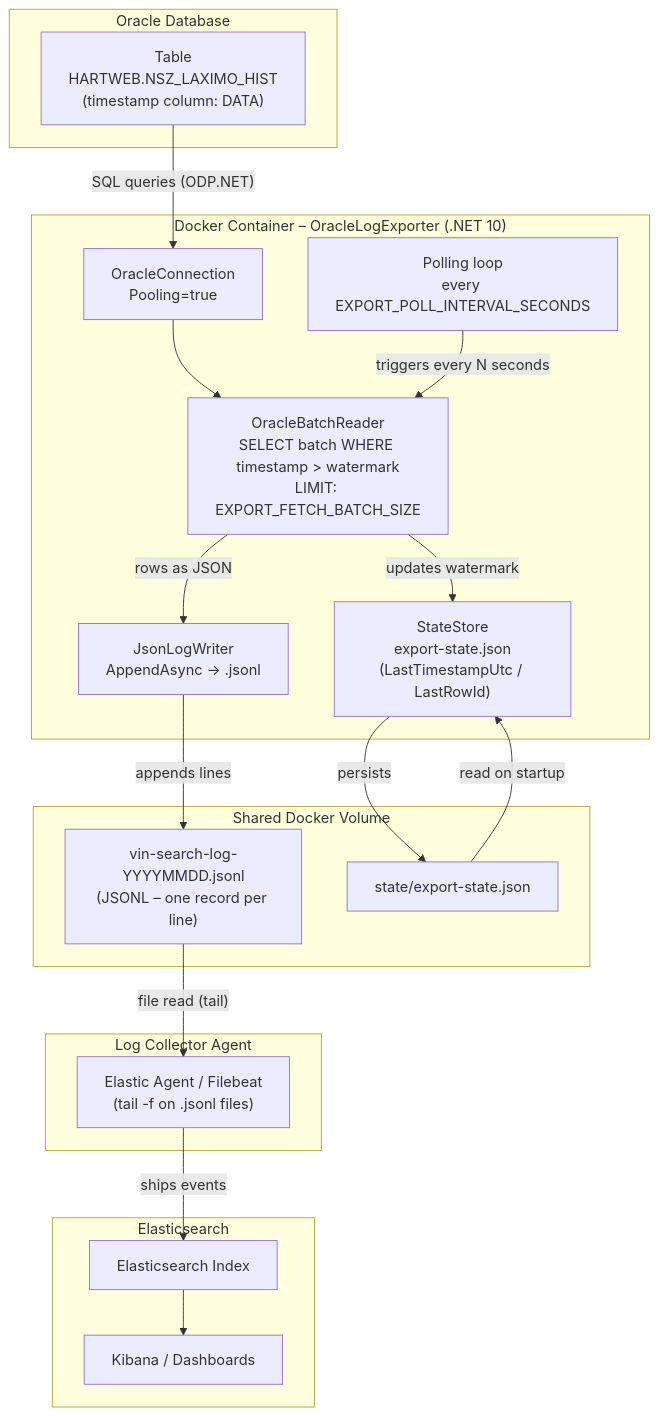
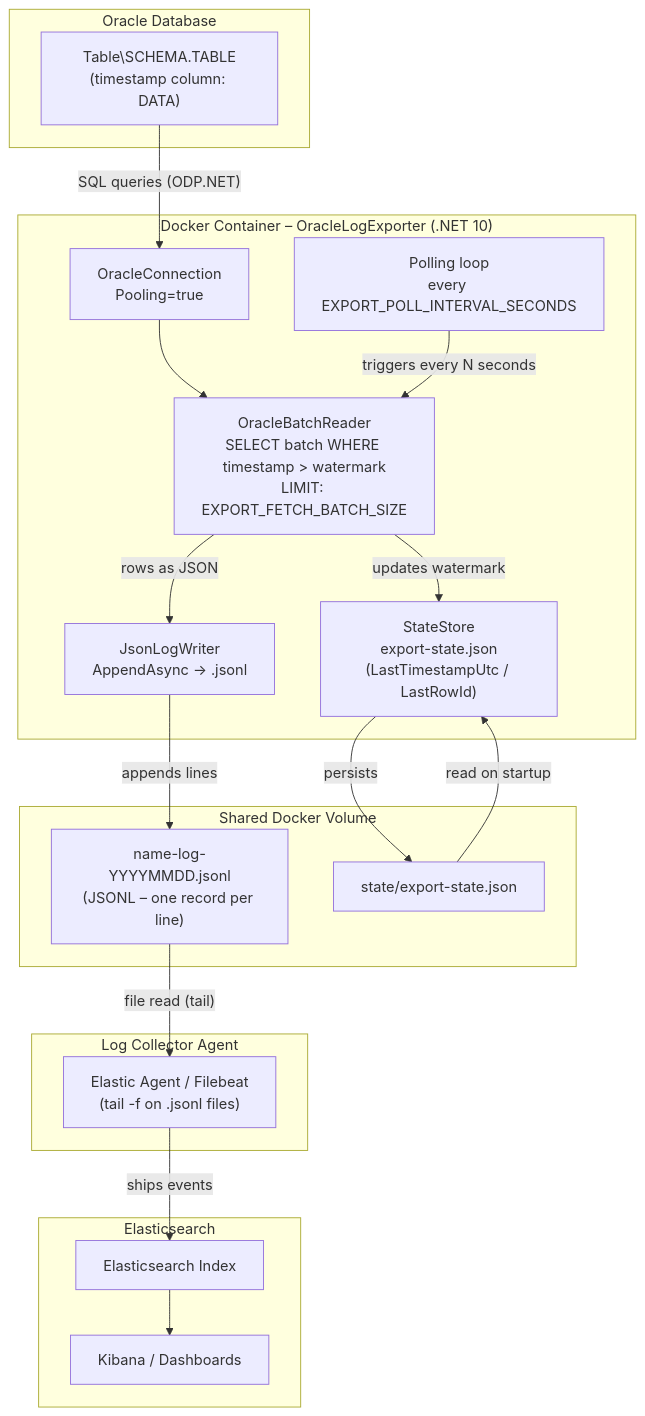
The diagram in docs/architecture.md (tulonbaar/dock-app.oracle-log-exporter), drawn with Mermaid before and after one commit.

Commit message:
Update table and JSONL file names in architecture.md

````diff
--- a/docs/architecture.md
+++ b/docs/architecture.md
@@ -3,41 +3,41 @@
 ```mermaid
 flowchart TD
     subgraph Oracle["Oracle Database"]
-        TABLE["Table\nHARTWEB.NSZ_LAXIMO_HIST\n(timestamp column: DATA)"]
+        TABLE["Table\SCHEMA.TABLE\n(timestamp column: DATA)"]
     end
 
     subgraph Container["Docker Container – OracleLogExporter (.NET 10)"]
         CONN["OracleConnection\nPooling=true"]
         BATCH["OracleBatchReader\nSELECT batch WHERE timestamp > watermark\nLIMIT: EXPORT_FETCH_BATCH_SIZE"]
         STATE["StateStore\nexport-state.json\n(LastTimestampUtc / LastRowId)"]
         WRITER["JsonLogWriter\nAppendAsync → .jsonl"]
         LOOP["Polling loop\nevery EXPORT_POLL_INTERVAL_SECONDS"]
     end
 
     subgraph Volume["Shared Docker Volume"]
-        JSONL["vin-search-log-YYYYMMDD.jsonl\n(JSONL – one record per line)"]
+        JSONL["name-log-YYYYMMDD.jsonl\n(JSONL – one record per line)"]
         STATEFILE["state/export-state.json"]
     end
 
     subgraph Collector["Log Collector Agent"]
         FILEBEAT["Elastic Agent / Filebeat\n(tail -f on .jsonl files)"]
     end
 
     subgraph Elastic["Elasticsearch"]
         INDEX["Elasticsearch Index"]
         KIBANA["Kibana / Dashboards"]
     end
 
     TABLE -- "SQL queries (ODP.NET)" --> CONN
     CONN --> BATCH
     BATCH -- "rows as JSON" --> WRITER
     WRITER -- "appends lines" --> JSONL
     BATCH -- "updates watermark" --> STATE
     STATE -- "persists" --> STATEFILE
     STATEFILE -- "read on startup" --> STATE
     LOOP -- "triggers every N seconds" --> BATCH
 
     JSONL -- "file read (tail)" --> FILEBEAT
     FILEBEAT -- "ships events" --> INDEX
     INDEX --> KIBANA
 ```
````
